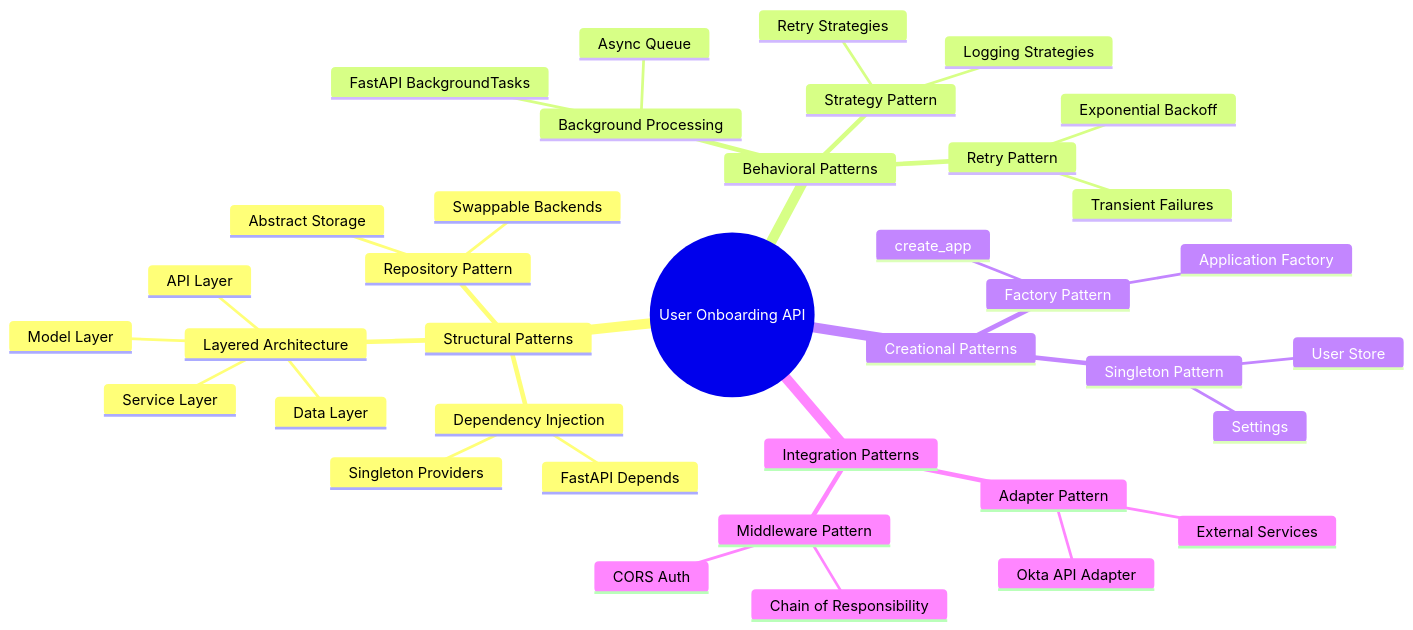
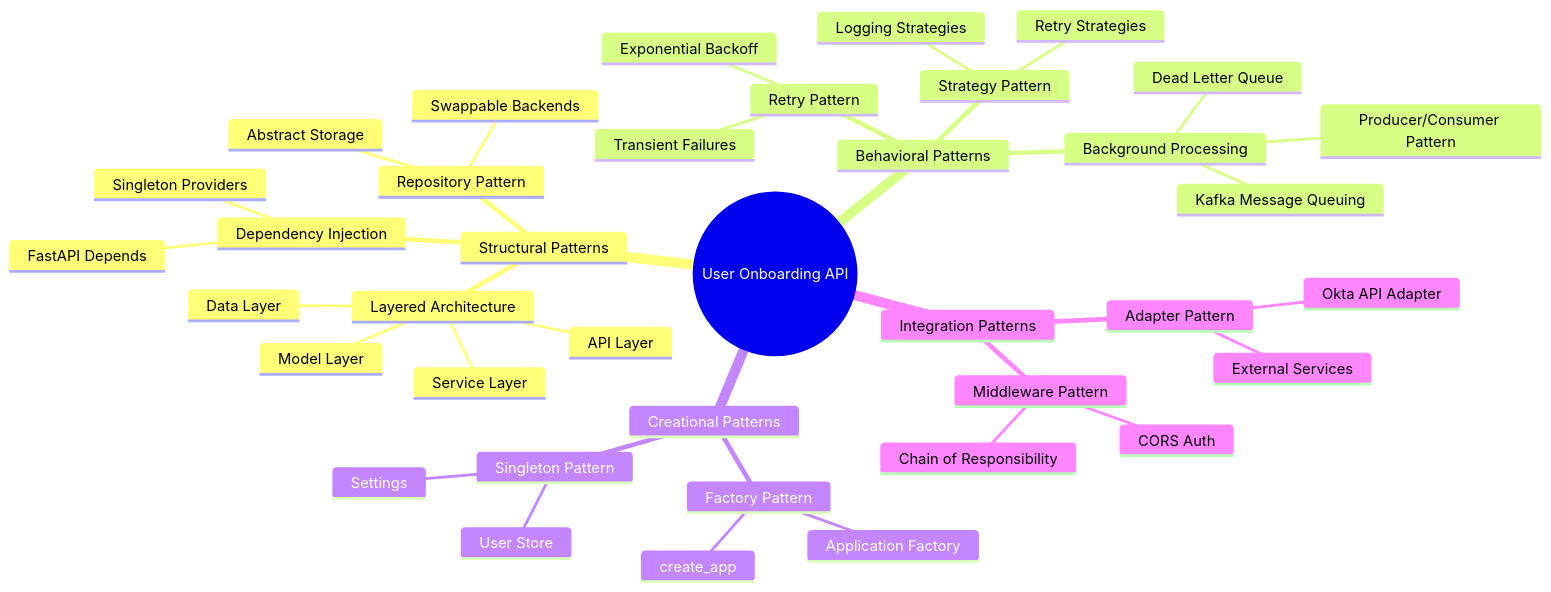
The first of 29 diagrams in ARCHITECTURE_DIAGRAM.md (temesgen22/user_onbording), drawn with Mermaid before and after one commit. The commit also changed other lines of this file and 10 other files, not shown here.

````diff
--- a/ARCHITECTURE_DIAGRAM.md
+++ b/ARCHITECTURE_DIAGRAM.md
@@ -20,40 +20,41 @@
 ```mermaid
 mindmap
   root((User Onboarding API))
     Structural Patterns
       Layered Architecture
         API Layer
         Service Layer
         Data Layer
         Model Layer
       Dependency Injection
         FastAPI Depends
         Singleton Providers
       Repository Pattern
         Abstract Storage
         Swappable Backends
     Behavioral Patterns
       Background Processing
-        FastAPI BackgroundTasks
-        Async Queue
+        Kafka Message Queuing
+        Producer/Consumer Pattern
+        Dead Letter Queue
       Retry Pattern
         Exponential Backoff
         Transient Failures
       Strategy Pattern
         Logging Strategies
         Retry Strategies
     Creational Patterns
       Singleton Pattern
         Settings
         User Store
       Factory Pattern
         Application Factory
         create_app
     Integration Patterns
       Adapter Pattern
         Okta API Adapter
         External Services
       Middleware Pattern
         Chain of Responsibility
         CORS Auth
 ```
````
